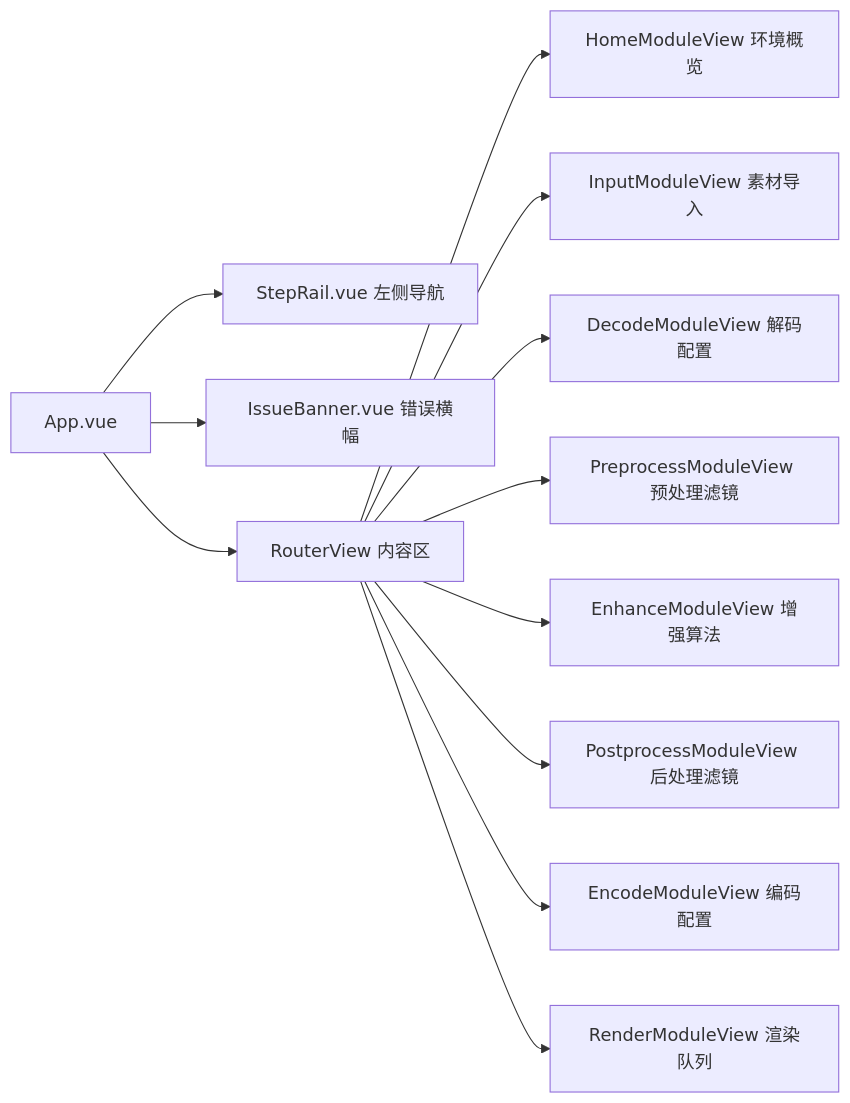
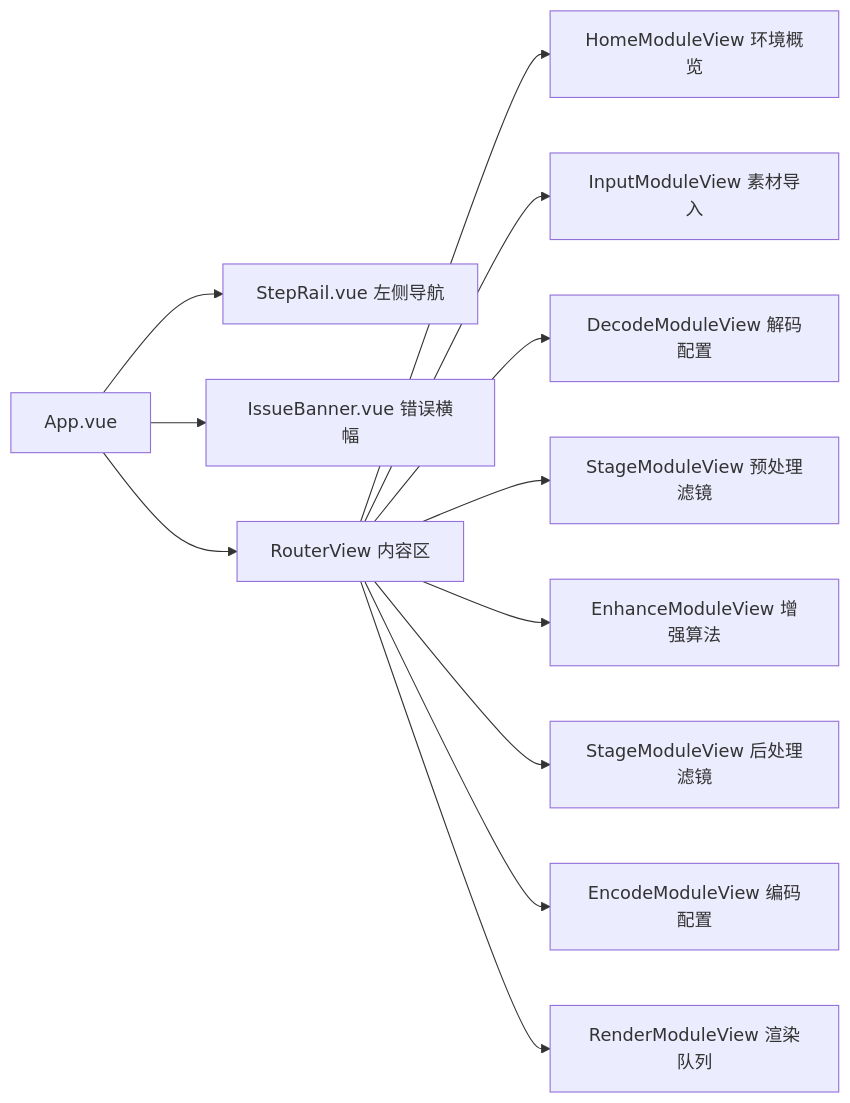
Before and after one commit to youge325/vp: the fourth of 4 diagrams in docs/02-frontend-architecture.md, drawn with Mermaid. The commit also changed other lines of this file and 74 other files, not shown here.

````diff
--- a/docs/02-frontend-architecture.md
+++ b/docs/02-frontend-architecture.md
@@ -212,15 +212,15 @@
 ```mermaid
 graph LR
     A[App.vue] --> B[StepRail.vue 左侧导航]
     A --> C[IssueBanner.vue 错误横幅]
     A --> D[RouterView 内容区]
 
     D --> E1[HomeModuleView 环境概览]
     D --> E2[InputModuleView 素材导入]
     D --> E3[DecodeModuleView 解码配置]
-    D --> E4[PreprocessModuleView 预处理滤镜]
+    D --> E4[StageModuleView 预处理滤镜]
     D --> E5[EnhanceModuleView 增强算法]
-    D --> E6[PostprocessModuleView 后处理滤镜]
+    D --> E6[StageModuleView 后处理滤镜]
     D --> E7[EncodeModuleView 编码配置]
     D --> E8[RenderModuleView 渲染队列]
 ```
````
